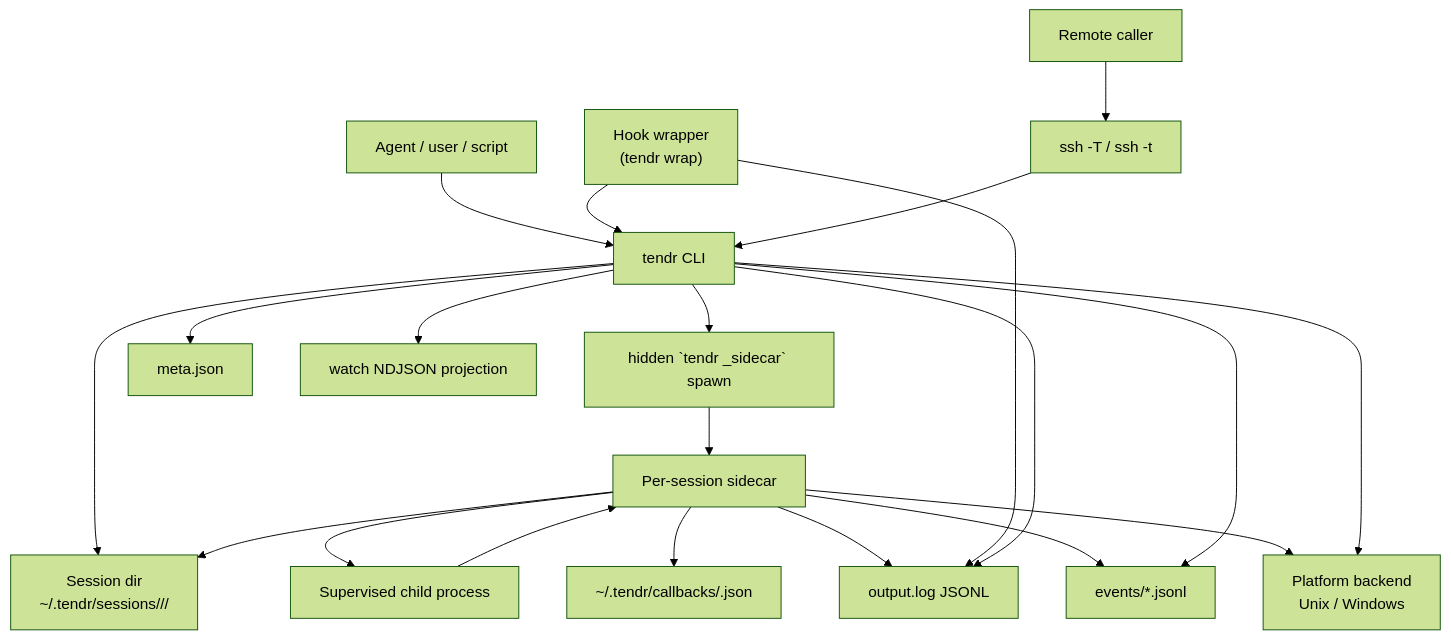
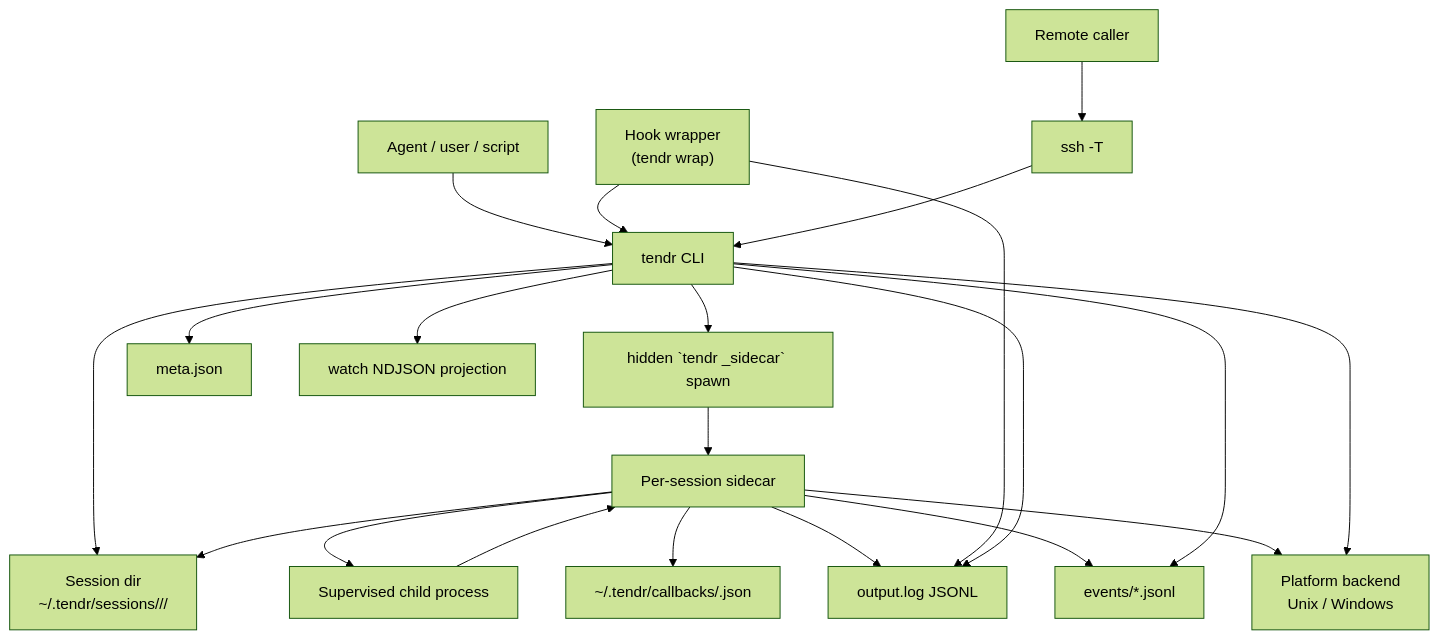
The diagram in docs/architecture/01-system-context.md (grumpydevorg/tendr), drawn with Mermaid (forest theme) before and after one commit. The commit also changed 23 other files, not shown here.

````diff
--- a/docs/architecture/01-system-context.md
+++ b/docs/architecture/01-system-context.md
@@ -9,28 +9,28 @@
 ```mermaid
 flowchart TD
     Agent["Agent / user / script"] --> CLI["tendr CLI"]
     Hook["Hook wrapper\n(tendr wrap)"] --> CLI
-    Remote["Remote caller"] --> SSH["ssh -T / ssh -t"]
+    Remote["Remote caller"] --> SSH["ssh -T"]
     SSH --> CLI
 
     CLI --> SessionDir["Session dir\n~/.tendr/sessions/<ns>/<session>/"]
     CLI --> SidecarCmd["hidden `tendr _sidecar` spawn"]
     SidecarCmd --> Sidecar["Per-session sidecar"]
 
     Sidecar --> Child["Supervised child process"]
     Sidecar --> SessionDir
     Sidecar --> Callbacks["~/.tendr/callbacks/<run_id>.json"]
 
     Child --> Sidecar
     Sidecar --> Log["output.log JSONL"]
     Sidecar --> Events["events/*.jsonl"]
     Hook --> Log
 
     CLI --> Log
     CLI --> Meta["meta.json"]
     CLI --> Events
     CLI --> Watch["watch NDJSON projection"]
 
     Sidecar --> OS["Platform backend\nUnix / Windows"]
     CLI --> OS
 ```
````
